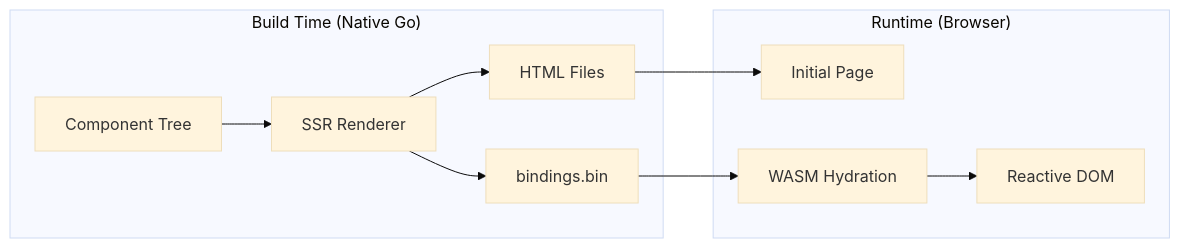
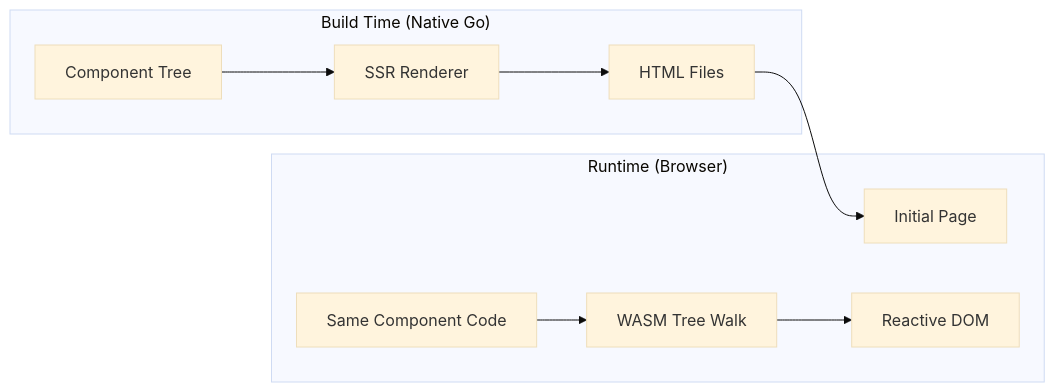
One commit to tbocek/preveltekit changed the diagram in new/ARCHITECTURE.md. Above: the diagram before and after it, drawn with Mermaid (base theme). The commit also changed other lines of this file and 15 other files, not shown here.

````diff
--- a/new/ARCHITECTURE.md
+++ b/new/ARCHITECTURE.md
@@ -29,13 +31,12 @@
 ```mermaid
 graph LR
     subgraph "Build Time (Native Go)"
         A[Component Tree] --> B[SSR Renderer]
         B --> C[HTML Files]
-        B --> D[bindings.bin]
     end
     subgraph "Runtime (Browser)"
-        C --> E[Initial Page]
-        D --> F[WASM Hydration]
+        C --> D[Initial Page]
+        E[Same Component Code] --> F[WASM Tree Walk]
         F --> G[Reactive DOM]
     end
 ```
````
